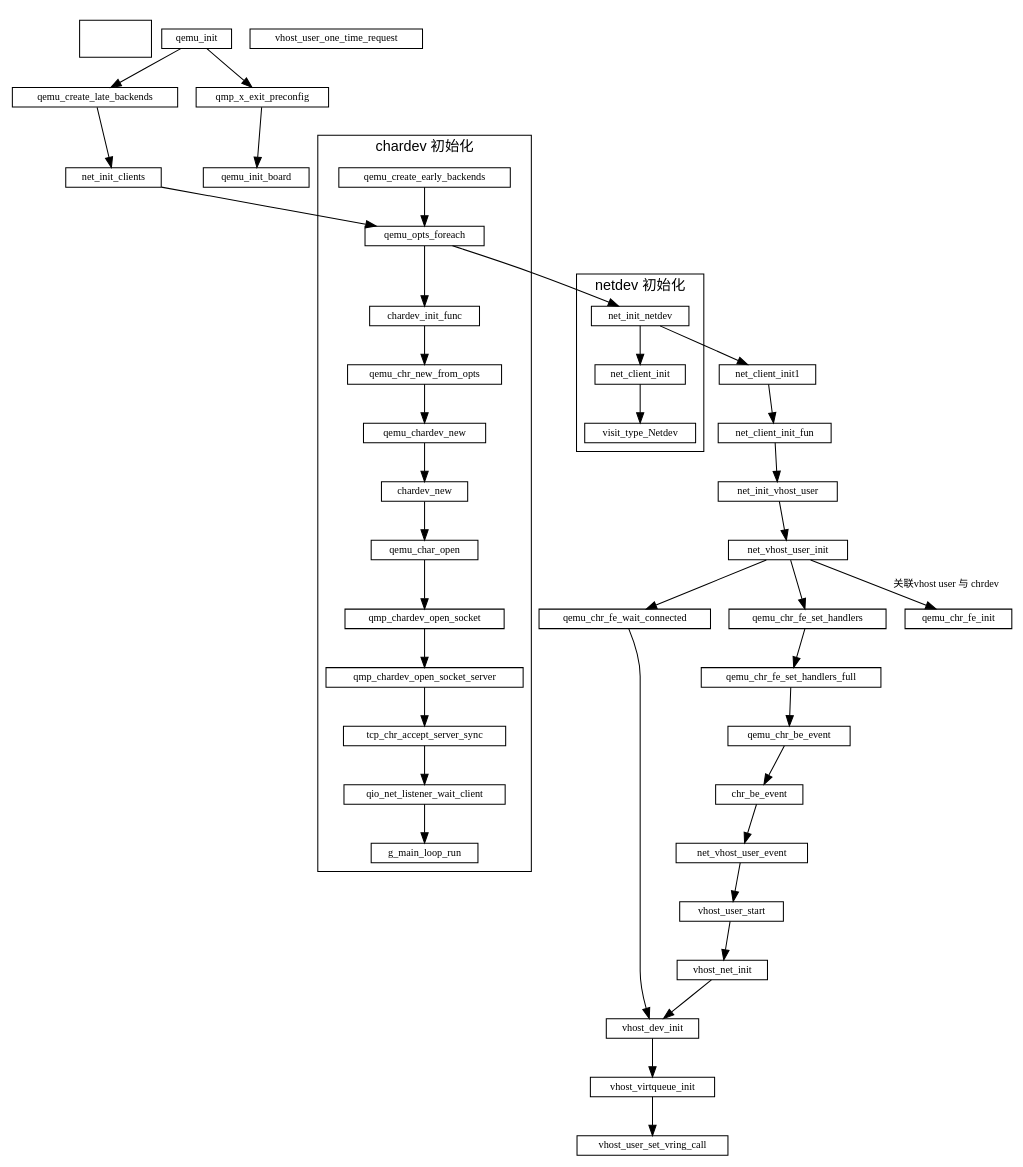
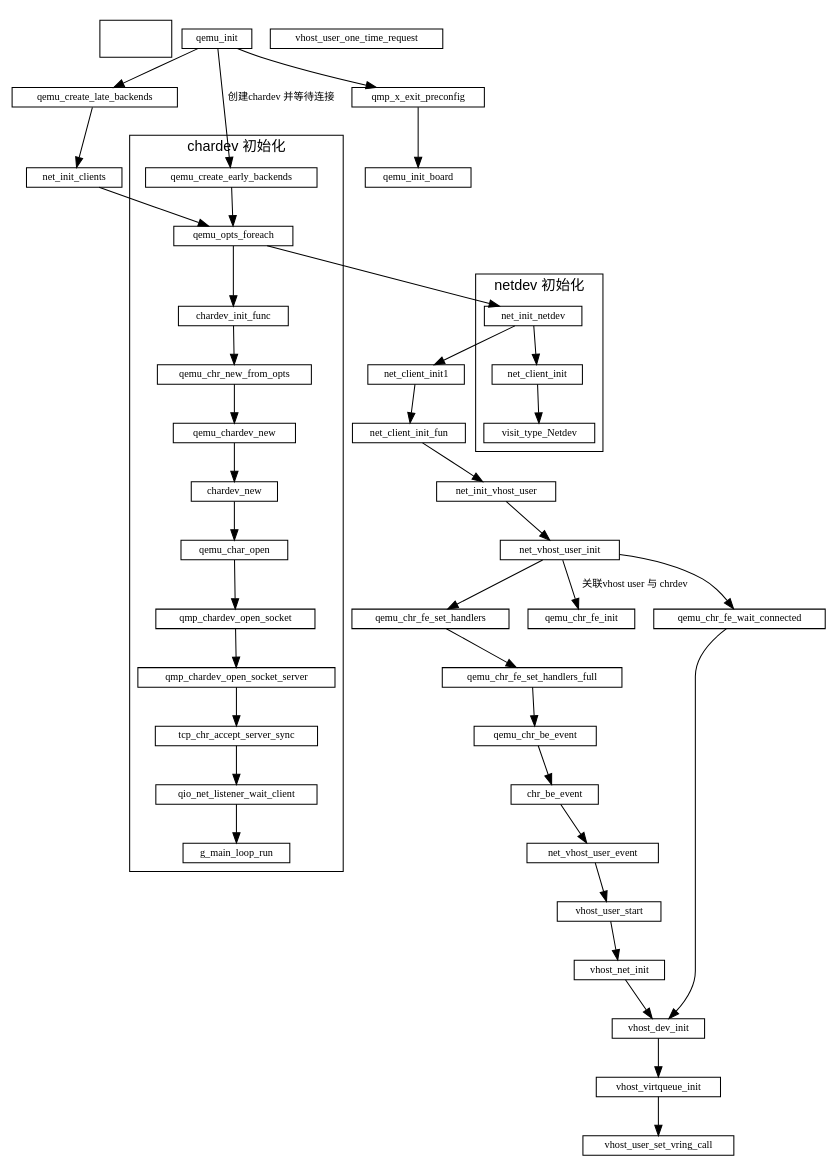
The diagram in qemu/qemu初始化.md (sisyphus1212/note), drawn with Graphviz before and after one commit.

Commit message:
auto_update

````diff
--- a/qemu/qemu初始化.md
+++ b/qemu/qemu初始化.md
@@ -11,70 +11,70 @@
 ```graphviz
 digraph {
     fontname="Helvetica,Arial,sans-serif"
     //node [fontname="Helvetica,Arial,sans-serif"]
     //edge [fontname="Helvetica,Arial,sans-serif"]
     //rankdir="LR"
     node [fontsize=10, shape=record, height=0.25]
     edge [fontsize=10]
 
     subgraph  {
         cluster=true
         fd  [style = invis]
     }
 
     qemu_init -> qemu_create_late_backends
               -> net_init_clients
               -> qemu_opts_foreach
               -> net_init_netdev
               -> net_client_init1
               -> net_client_init_fun
               -> net_init_vhost_user
               -> net_vhost_user_init
               -> qemu_chr_fe_wait_connected
               -> vhost_dev_init
-
+        qemu_init -> qemu_create_early_backends[label="创建chardev 并等待连接"]
     subgraph netdev_init {
         label="netdev 初始化";
         cluster=true;
         net_init_netdev
         -> net_client_init
         -> visit_type_Netdev
     }
     subgraph chardev_init {
         label="chardev 初始化";
         cluster=true;
         qemu_create_early_backends -> qemu_opts_foreach
                         -> chardev_init_func
                         -> qemu_chr_new_from_opts
                         -> qemu_chardev_new
                         -> chardev_new
                         -> qemu_char_open
                         -> qmp_chardev_open_socket
                         -> qmp_chardev_open_socket_server
                         -> tcp_chr_accept_server_sync
                         -> qio_net_listener_wait_client
                         -> g_main_loop_run
     }
 
     net_vhost_user_init -> qemu_chr_fe_set_handlers
                         -> qemu_chr_fe_set_handlers_full
                         -> qemu_chr_be_event
                         -> chr_be_event
                         -> net_vhost_user_event
                         -> vhost_user_start
                         -> vhost_net_init
                         -> vhost_dev_init
                         -> vhost_virtqueue_init
                         -> vhost_user_set_vring_call
 
     net_vhost_user_init -> qemu_chr_fe_init[label="关联vhost user 与 chrdev"]
 
     qemu_init -> qmp_x_exit_preconfig -> qemu_init_board // 初始化cpu 内存
 
     vhost_dev_init
 
     net_vhost_user_event
 
     vhost_user_one_time_request
 }
 ```
````
